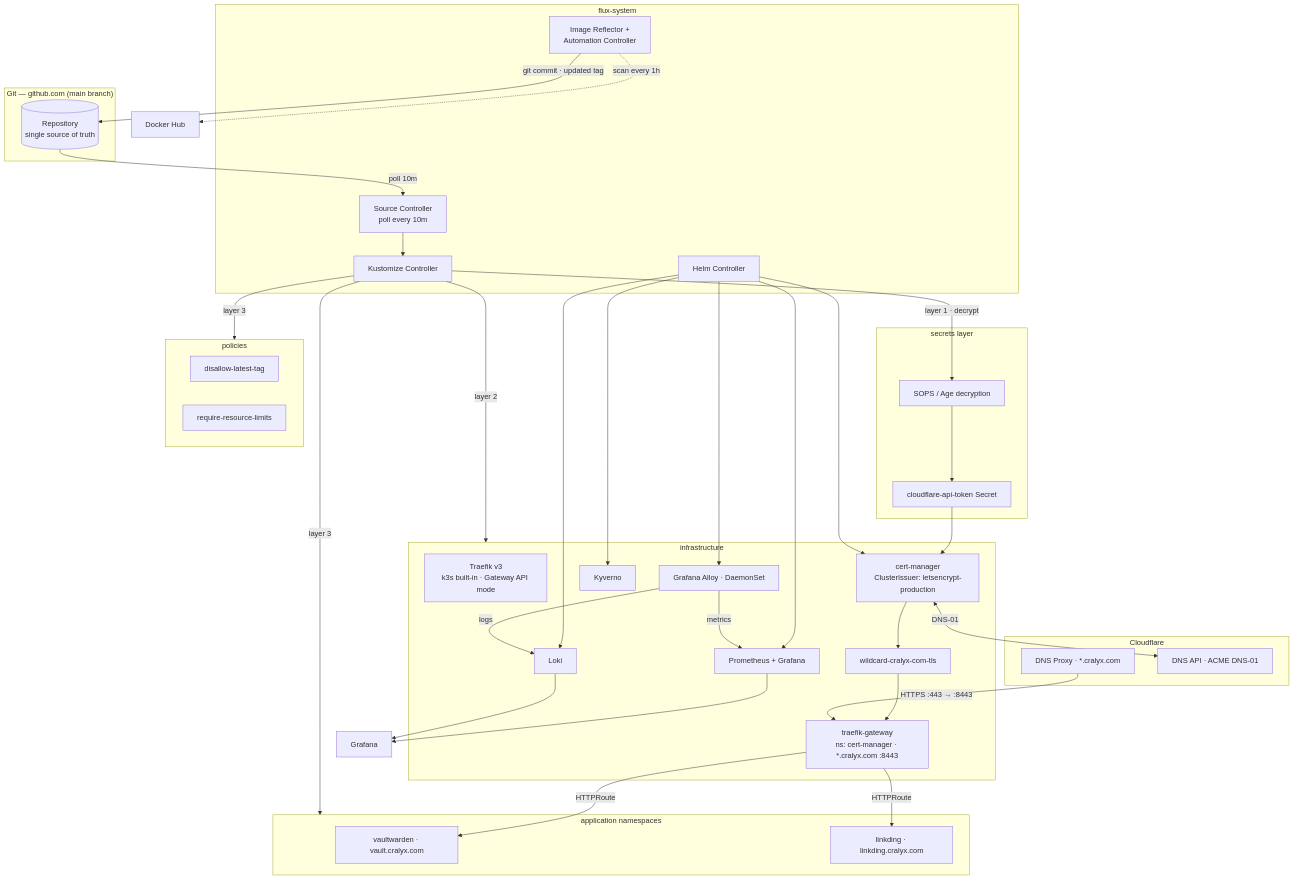
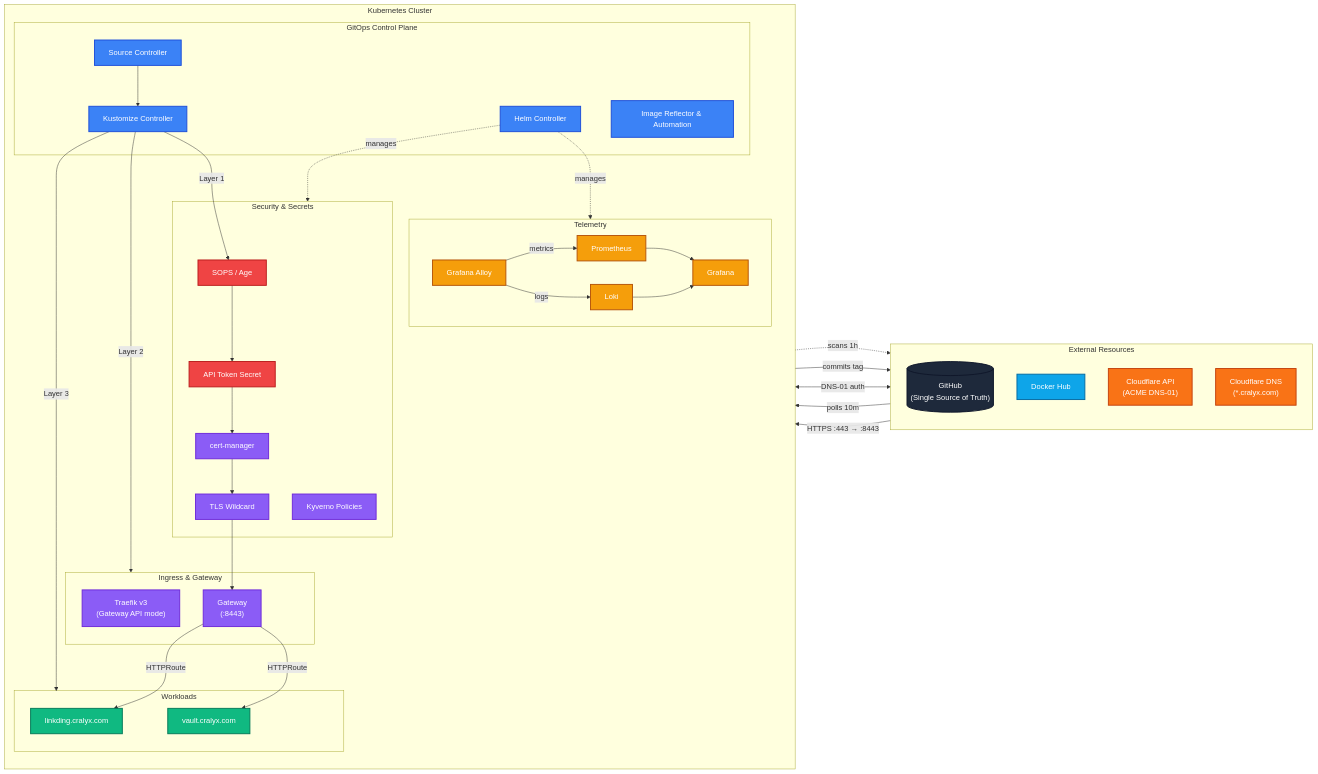
One commit to Aishwaryaa12/flux-gitops changed the first of 7 diagrams in README.md. Above: the diagram before and after it, drawn with Mermaid. The commit also changed other lines of this file, not shown here.

Commit message:
docs: enhance project documentation

````diff
--- a/README.md
+++ b/README.md
@@ -36,62 +36,89 @@
 ```mermaid
-graph TB
-    subgraph Git["Git — github.com (main branch)"]
-        REPO[("Repository\nsingle source of truth")]
+flowchart LR
+    %% --- Styling Classes ---
+    classDef gitops fill:#3b82f6,stroke:#1d4ed8,stroke-width:2px,color:#fff
+    classDef infra fill:#8b5cf6,stroke:#6d28d9,stroke-width:2px,color:#fff
+    classDef telemetry fill:#f59e0b,stroke:#b45309,stroke-width:2px,color:#fff
+    classDef app fill:#10b981,stroke:#047857,stroke-width:2px,color:#fff
+    classDef secret fill:#ef4444,stroke:#b91c1c,stroke-width:2px,color:#fff
+    
+    %% Brand Colors for External Services
+    classDef github fill:#1e293b,stroke:#0f172a,stroke-width:2px,color:#fff
+    classDef docker fill:#0ea5e9,stroke:#0369a1,stroke-width:2px,color:#fff
+    classDef cloudflare fill:#f97316,stroke:#c2410c,stroke-width:2px,color:#fff
+
+    %% --- External Dependencies ---
+    subgraph External["External Resources"]
+        direction TB
+        REPO[("GitHub\n(Single Source of Truth)")]:::github
+        DH["Docker Hub"]:::docker
+        CF_API["Cloudflare API\n(ACME DNS-01)"]:::cloudflare
+        CF_DNS["Cloudflare DNS\n(*.cralyx.com)"]:::cloudflare
     end
 
-    subgraph Flux["flux-system"]
-        SRC["Source Controller\npoll every 10m"]
-        KUST["Kustomize Controller"]
-        HELM["Helm Controller"]
-        IMG["Image Reflector +\nAutomation Controller"]
+    %% --- Kubernetes Environment ---
+    subgraph Cluster["Kubernetes Cluster"]
+        direction TB
+        
+        subgraph Flux["GitOps Control Plane"]
+            SRC["Source Controller"]:::gitops
+            KUST["Kustomize Controller"]:::gitops
+            HELM["Helm Controller"]:::gitops
+            IMG["Image Reflector & Automation"]:::gitops
+        end
+        
+        subgraph Security["Security & Secrets"]
+            SOPS["SOPS / Age"]:::secret
+            CF_SEC["API Token Secret"]:::secret
+            CERTMGR["cert-manager"]:::infra
+            WILDCARD["TLS Wildcard"]:::infra
+            KYVERNO["Kyverno Policies"]:::infra
+        end
+        
+        subgraph Network["Ingress & Gateway"]
+            TRAEFIK["Traefik v3\n(Gateway API mode)"]:::infra
+            GW["Gateway\n(:8443)"]:::infra
+        end
+
+        subgraph Observability["Telemetry"]
+            ALLOY["Grafana Alloy"]:::telemetry
+            PROM["Prometheus"]:::telemetry
+            LOKI["Loki"]:::telemetry
+            GRAF["Grafana"]:::telemetry
+        end
+
+        subgraph Apps["Workloads"]
+            VW["vault.cralyx.com"]:::app
+            LD["linkding.cralyx.com"]:::app
+        end
     end
 
-    subgraph SecretsLayer["secrets layer"]
-        SOPS["SOPS / Age decryption"]
-        CF_SEC["cloudflare-api-token Secret"]
-    end
+    %% --- State Reconciliation Flow ---
+    REPO -->|"polls 10m"| SRC
+    SRC --> KUST
+    IMG -.->|"scans 1h"| DH
+    IMG -->|"commits tag"| REPO
 
-    subgraph Infra["infrastructure"]
-        TRAEFIK["Traefik v3\nk3s built-in · Gateway API mode"]
-        GW["traefik-gateway\nns: cert-manager · *.cralyx.com :8443"]
-        CERTMGR["cert-manager\nClusterIssuer: letsencrypt-production"]
-        WILDCARD["wildcard-cralyx-com-tls"]
-        KYVERNO["Kyverno"]
-        PROM["Prometheus + Grafana"]
-        LOKI["Loki"]
-        ALLOY["Grafana Alloy · DaemonSet"]
-    end
+    %% --- Kustomize Layering ---
+    KUST -->|"Layer 1"| SOPS
+    KUST -->|"Layer 2"| Network
+    KUST -->|"Layer 3"| Apps
+    
+    %% --- Helm Management ---
+    HELM -.->|"manages"| Observability
+    HELM -.->|"manages"| Security
 
-    subgraph Apps["application namespaces"]
-        VW["vaultwarden · vault.cralyx.com"]
-        LD["linkding · linkding.cralyx.com"]
-    end
+    %% --- Secrets & Certificate Flow ---
+    SOPS --> CF_SEC --> CERTMGR
+    CERTMGR <-->|"DNS-01 auth"| CF_API
+    CERTMGR --> WILDCARD --> GW
 
-    subgraph Policies["policies"]
-        KP1["disallow-latest-tag"]
-        KP2["require-resource-limits"]
-    end
+    %% --- External Traffic Flow ---
+    CF_DNS -->|"HTTPS :443 → :8443"| GW
+    GW -->|"HTTPRoute"| VW & LD
 
-    subgraph CF["Cloudflare"]
-        CF_DNS["DNS Proxy · *.cralyx.com"]
-        CF_API["DNS API · ACME DNS-01"]
-    end
-
-    REPO -->|"poll 10m"| SRC
-    SRC --> KUST
-    KUST -->|"layer 1 · decrypt"| SOPS
-    SOPS --> CF_SEC --> CERTMGR
-    CERTMGR <-->|"DNS-01"| CF_API
-    CERTMGR --> WILDCARD --> GW
-    KUST -->|"layer 2"| Infra
-    KUST -->|"layer 3"| Apps
-    KUST -->|"layer 3"| Policies
-    HELM --> CERTMGR & KYVERNO & PROM & LOKI & ALLOY
-    IMG -->|"git commit · updated tag"| REPO
-    IMG -.->|"scan every 1h"| DH["Docker Hub"]
-    GW -->|"HTTPRoute"| VW & LD
-    CF_DNS -->|"HTTPS :443 → :8443"| GW
+    %% --- Telemetry Flow ---
+    ALLOY -->|"metrics"| PROM
     ALLOY -->|"logs"| LOKI
-    ALLOY -->|"metrics"| PROM
-    PROM & LOKI --> GRAF["Grafana"]
+    PROM & LOKI --> GRAF
 ```
````
